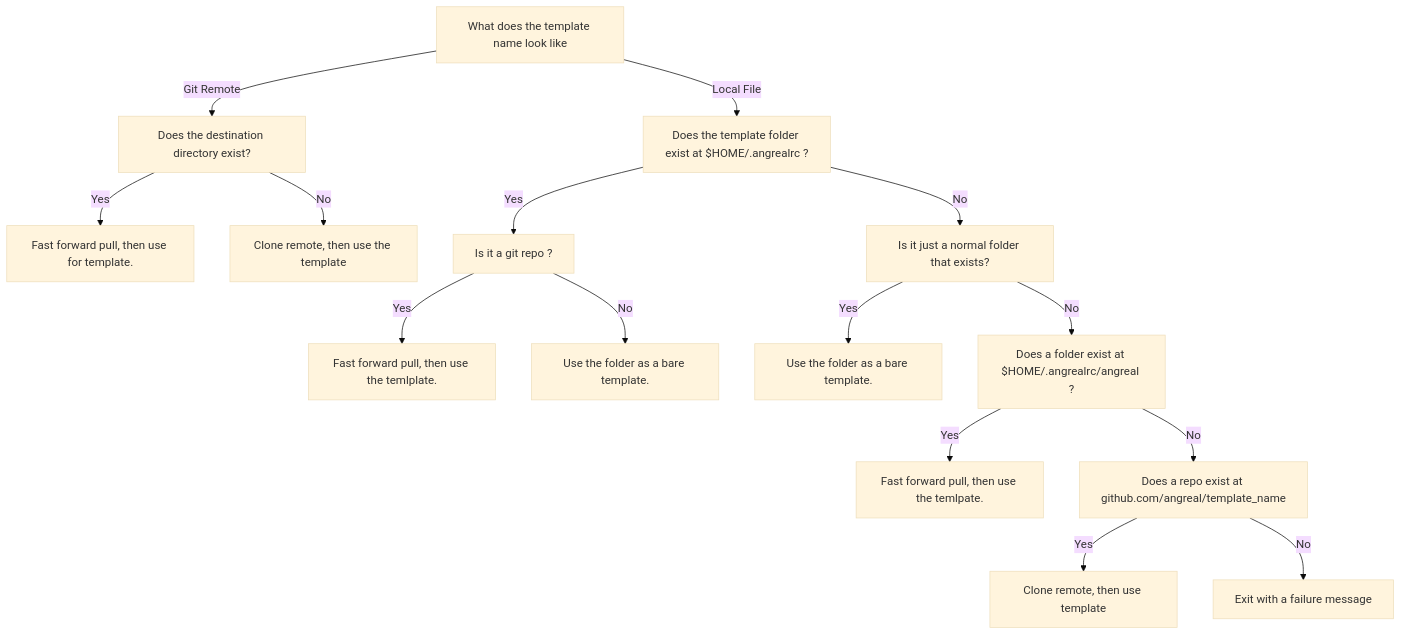
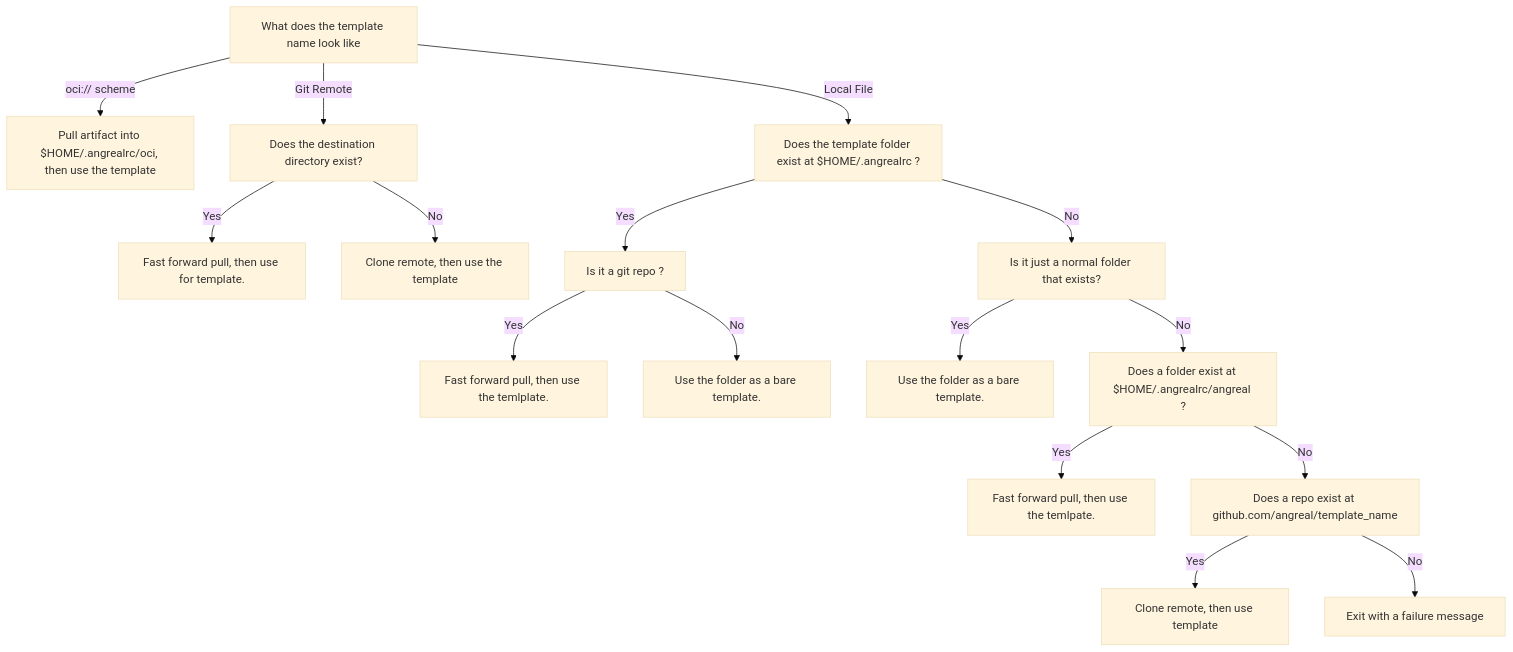
Before and after one commit to angreal/angreal: the diagram in docs/explanation/angreal_init_behaviour.md, drawn with Mermaid (base theme). The commit also changed other lines of this file and 22 other files, not shown here.

First line of the commit message:
feat(oci): OCI template targets and angreal.integrations.oci (#139)

````diff
--- a/docs/explanation/angreal_init_behaviour.md
+++ b/docs/explanation/angreal_init_behaviour.md
@@ -21,18 +28,19 @@
 ```mermaid
 graph TD;
   A[What does the template name look like]
+  A -->|oci:// scheme| P[Pull artifact into $HOME/.angrealrc/oci, then use the template]
   A -->|Git Remote| B[Does the destination directory exist?]
   A -->|Local File| C[Does the template folder exist at $HOME/.angrealrc ?]
   B -->|Yes| D[Fast forward pull, then use for template.]
   B -->|No| E[Clone remote, then use the template]
   C -->|Yes| F[Is it a git repo ?]
   C -->|No| G[Is it just a normal folder that exists?]
   F -->|Yes| H[Fast forward pull, then use the temlplate.]
   F -->|No| I[Use the folder as a bare template.]
   G -->|Yes| J[Use the folder as a bare template.]
   G -->|No| K[Does a folder exist at $HOME/.angrealrc/angreal ?]
   K -->|Yes| L[Fast forward pull, then use the temlpate.]
   K -->|No| M["Does a repo exist at github.com/angreal/template_name"]
   M -->|Yes| N[Clone remote, then use template]
   M -->|No| O[Exit with a failure message]
 ```
````
